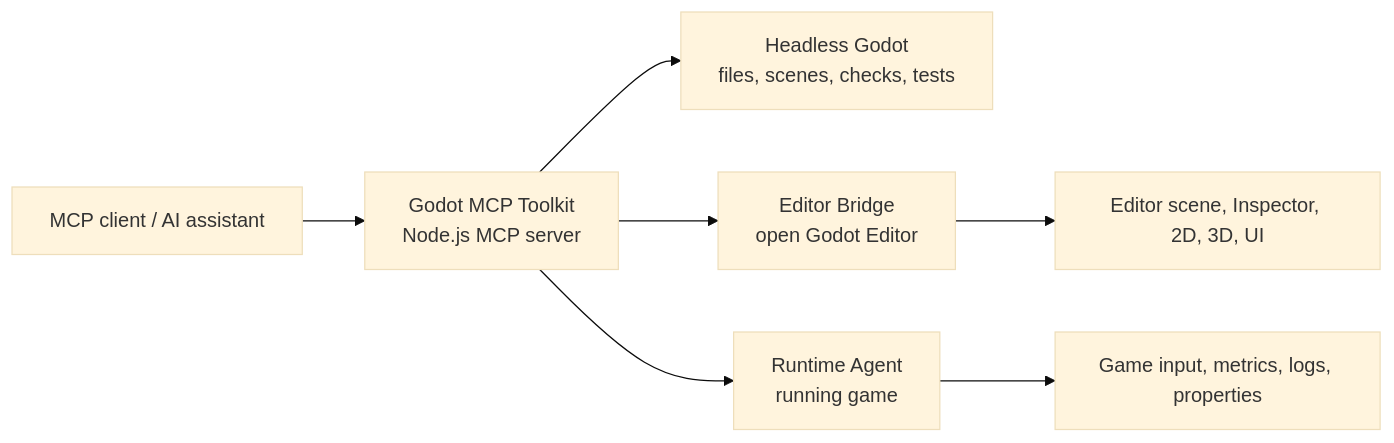
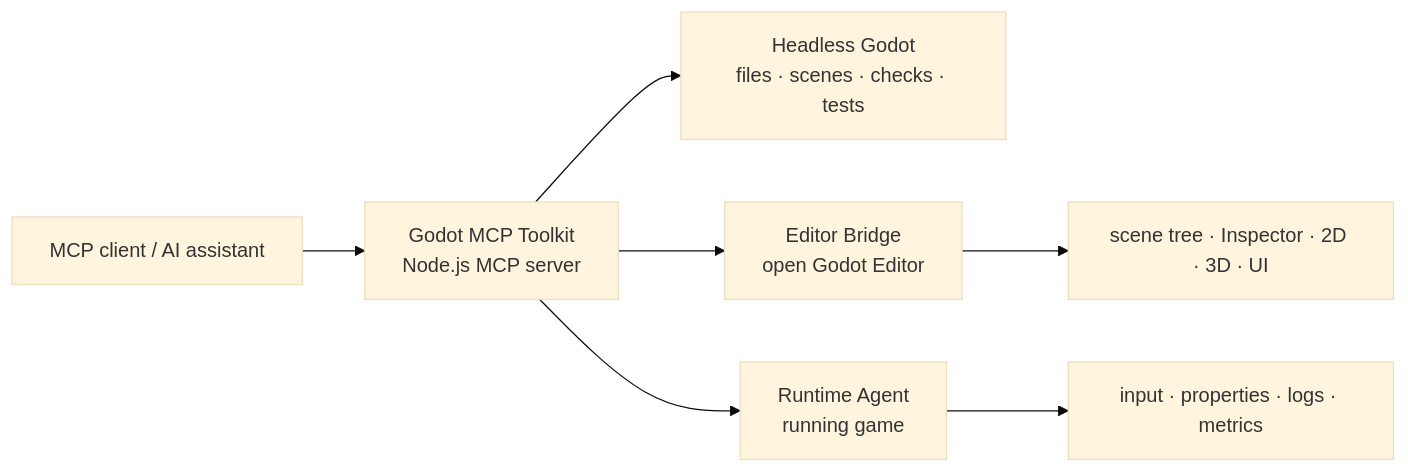
Before and after one commit to woyucbugongdaitian/godot-mcp-toolkit: the diagram in README.md, drawn with Mermaid (base theme). The commit also changed other lines of this file and 8 other files, not shown here.

````diff
--- a/README.md
+++ b/README.md
@@ -21,9 +29,9 @@
 ```mermaid
 flowchart LR
     Client["MCP client / AI assistant"] --> Server["Godot MCP Toolkit\nNode.js MCP server"]
-    Server --> Headless["Headless Godot\nfiles, scenes, checks, tests"]
+    Server --> Headless["Headless Godot\nfiles · scenes · checks · tests"]
     Server --> Bridge["Editor Bridge\nopen Godot Editor"]
     Server --> Agent["Runtime Agent\nrunning game"]
-    Bridge --> Editor["Editor scene, Inspector, 2D, 3D, UI"]
-    Agent --> Game["Game input, metrics, logs, properties"]
+    Bridge --> Editor["scene tree · Inspector · 2D · 3D · UI"]
+    Agent --> Game["input · properties · logs · metrics"]
 ```
````
